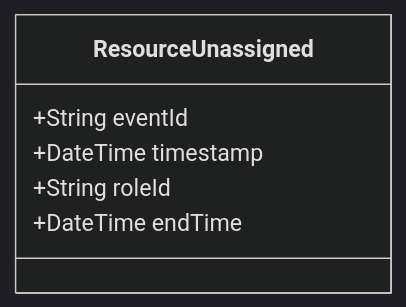
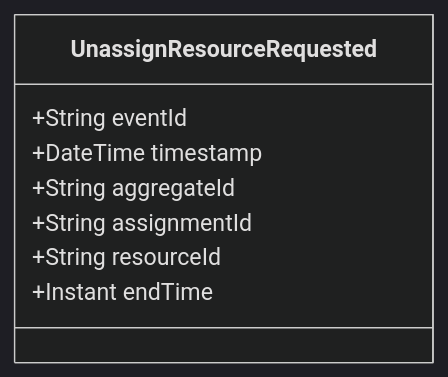
Before and after one commit to pgraff/police-system: the diagram in doc/events/ResourceUnassigned.md, drawn with Mermaid (dark theme). The commit also changed other lines of this file and 58 other files, not shown here.

````diff
--- a/doc/events/ResourceUnassigned.md
+++ b/doc/events/ResourceUnassigned.md
@@ -9,9 +9,11 @@
 ```mermaid
 classDiagram
-    class ResourceUnassigned {
+    class UnassignResourceRequested {
         +String eventId
         +DateTime timestamp
-        +String roleId
-        +DateTime endTime
+        +String aggregateId
+        +String assignmentId
+        +String resourceId
+        +Instant endTime
     }
 ```
````
